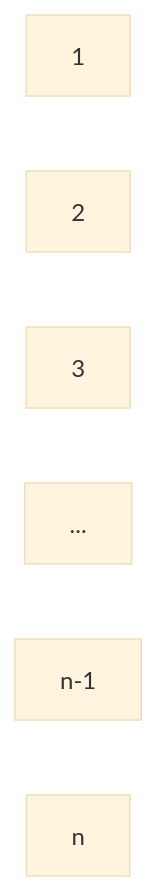
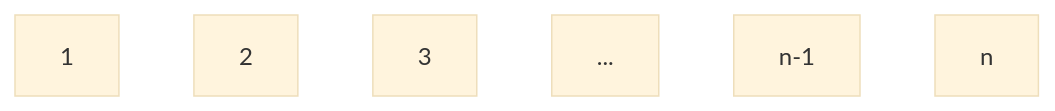
Before and after one commit to UFMG-Organizacao-de-Disciplinas/DCC865-Projeto_e_Analise_de_Algoritmos: the first of 3 diagrams in 2024.2/Materiais Complementares - Enviados pelos alunos/Resoluções das listas/Módulo 3/Módulo 3 - Lista 1.md, drawn with Mermaid (base theme). The commit also changed other lines of this file, not shown here.

````diff
--- a/2024.2/Materiais Complementares - Enviados pelos alunos/Resoluções das listas/Módulo 3/Módulo 3 - Lista 1.md
+++ b/2024.2/Materiais Complementares - Enviados pelos alunos/Resoluções das listas/Módulo 3/Módulo 3 - Lista 1.md
@@ -285,9 +285,9 @@
 ```mermaid
-graph LR
+graph TD
   A["`1`"]
   B["`2`"]
   C["`3`"]
   D["`...`"]
   E["`n-1`"]
   F["`n`"]
 ```
````
